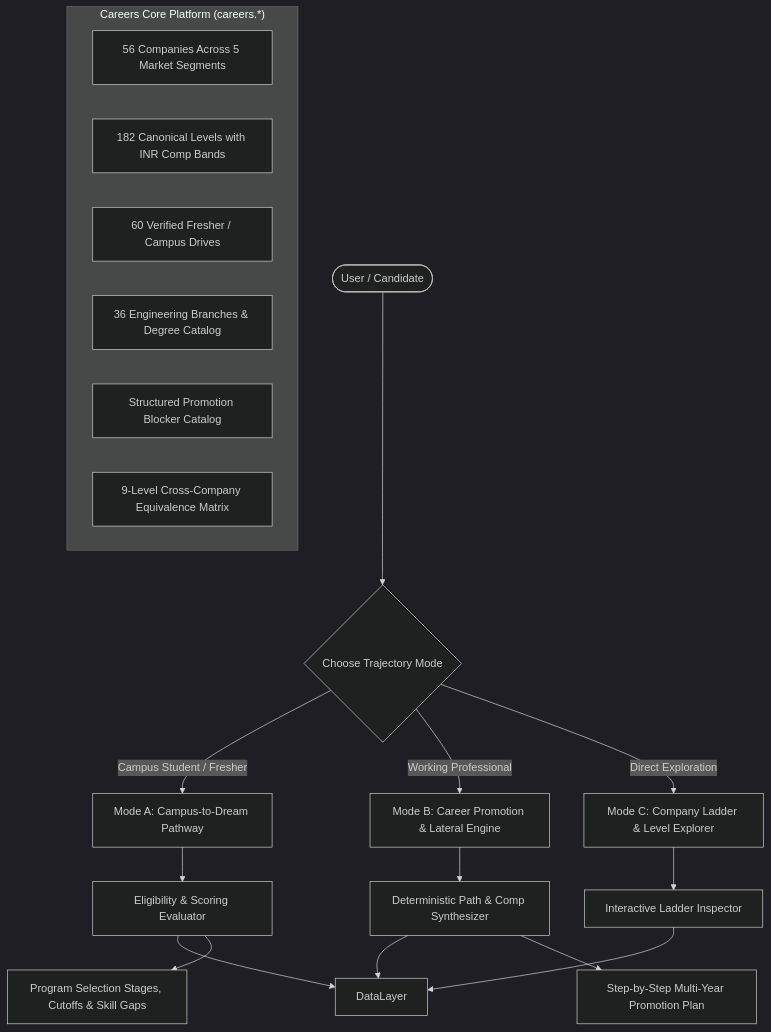
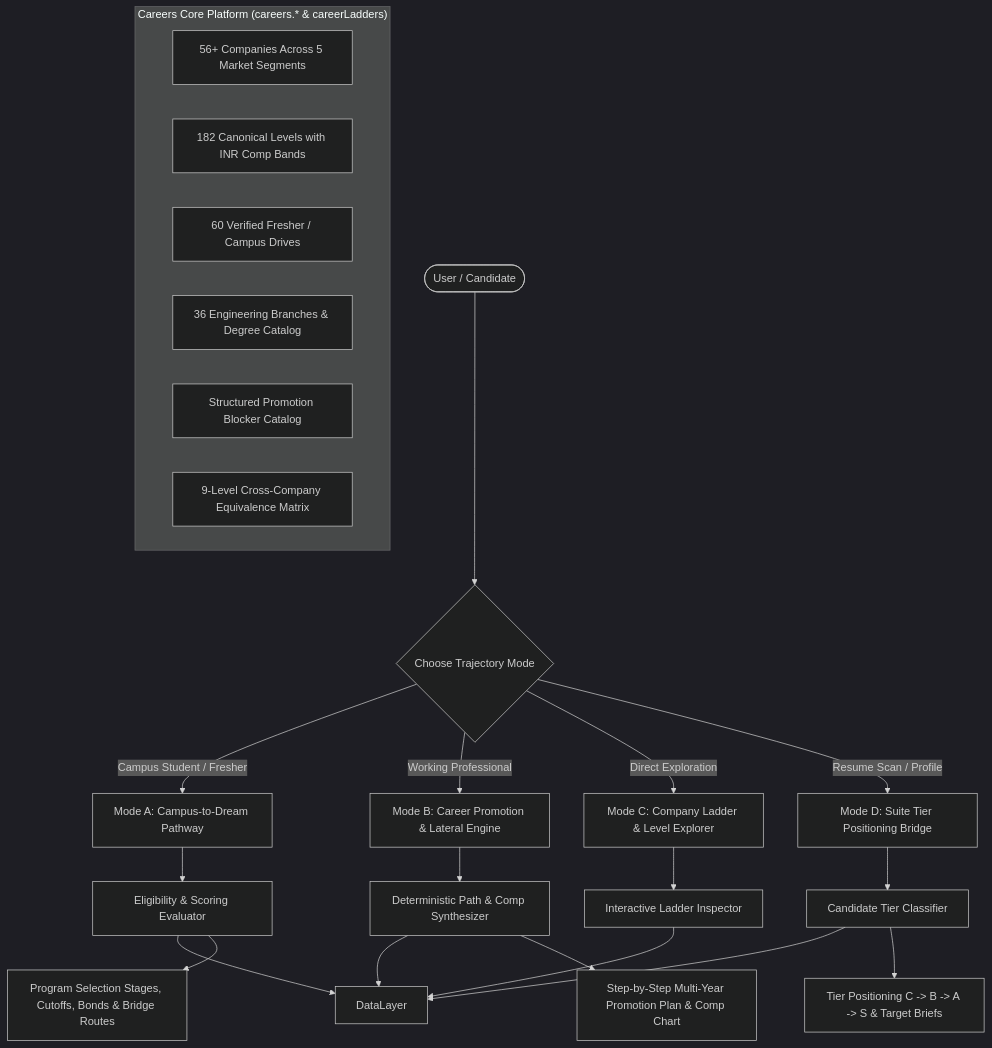
The diagram in docs/CAREER_TRAJECTORY_COMPLETE_CONTEXTUAL_MAP.md (Mohit-Rocky-25/hireflow), drawn with Mermaid (dark theme) before and after one commit. The commit also changed other lines of this file, not shown here.

Commit message:
docs: author complete comprehensive architectural brief and rewiring manual for Career Trajectory

````diff
--- a/docs/CAREER_TRAJECTORY_COMPLETE_CONTEXTUAL_MAP.md
+++ b/docs/CAREER_TRAJECTORY_COMPLETE_CONTEXTUAL_MAP.md
@@ -20,28 +53,32 @@
 ```mermaid
 graph TD
     User([User / Candidate]) --> ModeSelect{Choose Trajectory Mode}
     
     ModeSelect -->|Campus Student / Fresher| ModeA[Mode A: Campus-to-Dream Pathway]
     ModeSelect -->|Working Professional| ModeB[Mode B: Career Promotion & Lateral Engine]
     ModeSelect -->|Direct Exploration| ModeC[Mode C: Company Ladder & Level Explorer]
+    ModeSelect -->|Resume Scan / Profile| ModeD[Mode D: Suite Tier Positioning Bridge]
     
-    subgraph Data Layer ["Careers Core Platform (careers.*)"]
-        Companies[56 Companies Across 5 Market Segments]
+    subgraph Data Layer ["Careers Core Platform (careers.* & careerLadders)"]
+        Companies[56+ Companies Across 5 Market Segments]
         Levels[182 Canonical Levels with INR Comp Bands]
         Programs[60 Verified Fresher / Campus Drives]
         Branches[36 Engineering Branches & Degree Catalog]
         Blockers[Structured Promotion Blocker Catalog]
         Equivalence[9-Level Cross-Company Equivalence Matrix]
     end
     
     ModeA --> EvaluationEngine[Eligibility & Scoring Evaluator]
     ModeB --> PromotionEngine[Deterministic Path & Comp Synthesizer]
     ModeC --> LadderExplorer[Interactive Ladder Inspector]
+    ModeD --> TierClassifier[Candidate Tier Classifier]
     
     EvaluationEngine --> DataLayer
     PromotionEngine --> DataLayer
     LadderExplorer --> DataLayer
+    TierClassifier --> DataLayer
     
-    PromotionEngine --> OutputPlan[Step-by-Step Multi-Year Promotion Plan]
-    EvaluationEngine --> OutputFresher[Program Selection Stages, Cutoffs & Skill Gaps]
+    PromotionEngine --> OutputPlan[Step-by-Step Multi-Year Promotion Plan & Comp Chart]
+    EvaluationEngine --> OutputFresher[Program Selection Stages, Cutoffs, Bonds & Bridge Routes]
+    TierClassifier --> OutputTier[Tier Positioning C -> B -> A -> S & Target Briefs]
 ```
````
